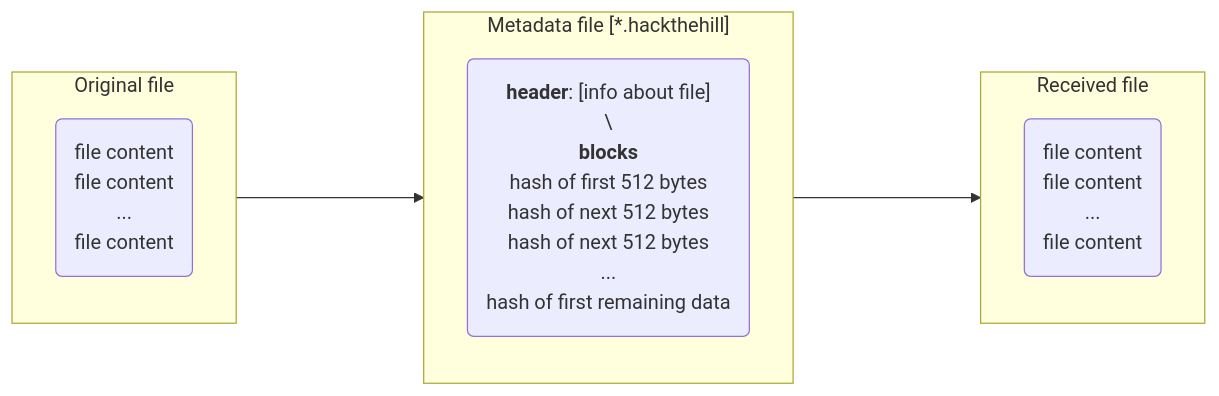
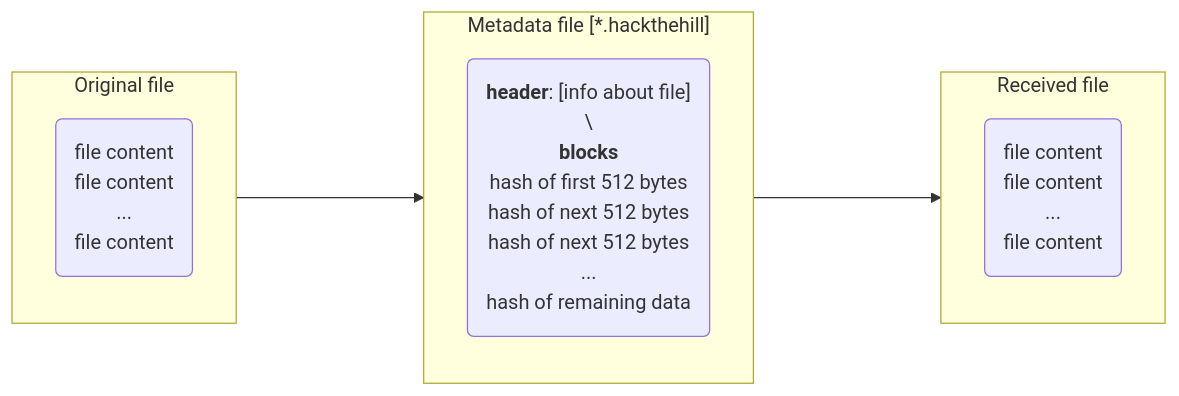
Before and after one commit to asterbot/hack-the-hill-p2p: the diagram in README.md, drawn with Mermaid. The commit also changed other lines of this file, not shown here.

````diff
--- a/README.md
+++ b/README.md
@@ -35,34 +33,34 @@
 ```mermaid
 %%{init: {"flowchart": {"htmlLabels": false}} }%%
 flowchart LR
 subgraph first [Original file]
     a("`file content
     file content
     ...
     file content
     `")
 
 end
 
 subgraph second ["Metadata file [*.hackthehill]"]
 b("`**header**: [info about file]
 \\
 **blocks** 
 hash of first 512 bytes
 hash of next 512 bytes
 hash of next 512 bytes
 ...
-hash of first remaining data
+hash of remaining data
 `")
 end
 
 subgraph third [Received file]
 c("`file content
 file content
 ...
 file content
 `")
 end
 
 first ----> second ----> third 
 ```
````
